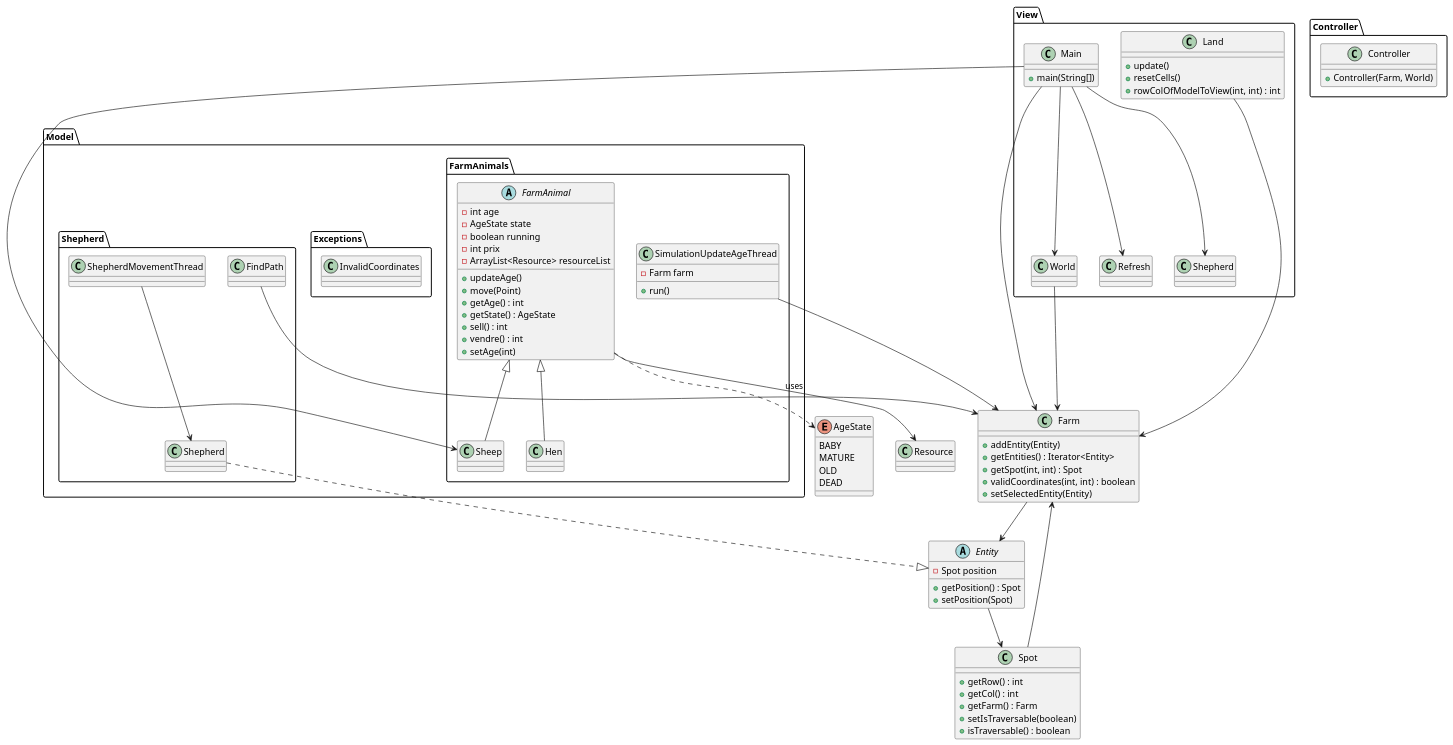
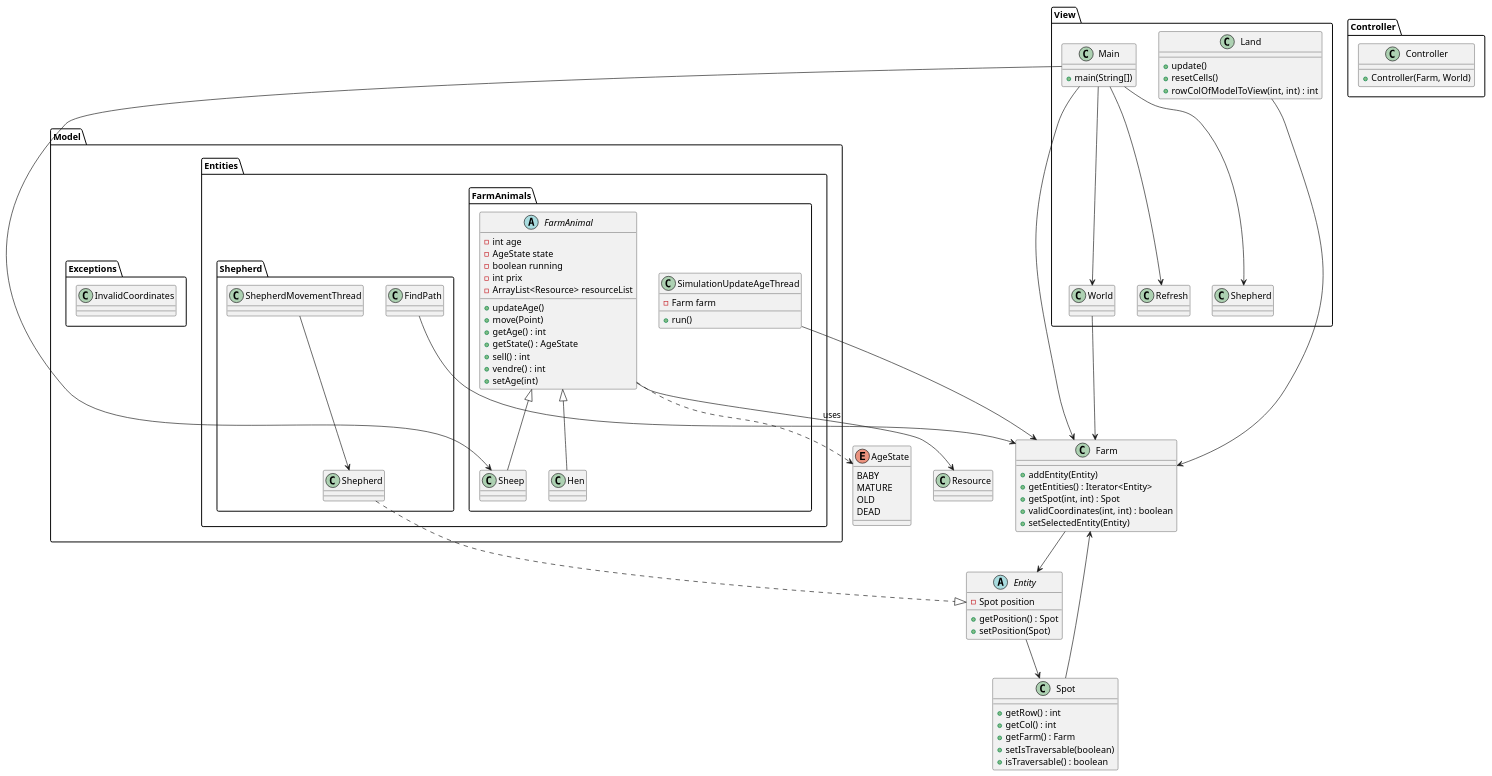
The diagram in src/Vieillessement.puml (Akawalid/IPCIIMiniP), drawn with PlantUML before and after one commit. The commit also changed 40 other files, not shown here.

```diff
--- a/src/Vieillessement.puml
+++ b/src/Vieillessement.puml
@@ -1,126 +1,126 @@
 @startuml
 
 ' Définition de l’énumération pour l’âge
 enum AgeState {
     BABY
     MATURE
     OLD
     DEAD
 }
 
 ' Classe de base Entity (dont le code complet n'est pas montré)
 abstract class Entity {
     - Spot position
     + getPosition() : Spot
     + setPosition(Spot)
 }
 
 ' Classe représentant un emplacement dans la ferme
 class Spot {
     + getRow() : int
     + getCol() : int
     + getFarm() : Farm
     + setIsTraversable(boolean)
     + isTraversable() : boolean
 }
 
 ' Classe représentant la ferme
 class Farm {
     + addEntity(Entity)
     + getEntities() : Iterator<Entity>
     + getSpot(int, int) : Spot
     + validCoordinates(int, int) : boolean
     + setSelectedEntity(Entity)
 }
 
 ' Classe Resource utilisée par FarmAnimal
 class Resource
 
-' -------------------- Package Model.FarmAnimals --------------------
-package "Model.FarmAnimals" {
+' -------------------- Package Model.Entities.FarmAnimals --------------------
+package "Model.Entities.FarmAnimals" {
 
     ' Classe abstraite FarmAnimal qui hérite de Entity
     abstract class FarmAnimal {
         - int age
         - AgeState state
         - boolean running
         - int prix
         - ArrayList<Resource> resourceList
         + updateAge()
         + move(Point)
         + getAge() : int
         + getState() : AgeState
         + sell() : int
         + vendre() : int
         + setAge(int)
     }
 
     ' Sous-classes de FarmAnimal
     class Sheep
     class Hen
 
     ' Thread de mise à jour de l’âge des animaux
     class SimulationUpdateAgeThread {
         - Farm farm
         + run()
     }
 
     FarmAnimal <|-- Sheep
     FarmAnimal <|-- Hen
     SimulationUpdateAgeThread --> Farm
     FarmAnimal ..> AgeState
     FarmAnimal --> Resource : uses
 }
 
 ' -------------------- Package Model.Exceptions --------------------
 package "Model.Exceptions" {
     class InvalidCoordinates
 }
 
-' -------------------- Package Model.Shepherd --------------------
-package "Model.Shepherd" {
+' -------------------- Package Model.Entities.Shepherd --------------------
+package "Model.Entities.Shepherd" {
     class Shepherd
     class FindPath
     class ShepherdMovementThread
 
     Shepherd ..|> Entity
     FindPath --> Farm
     ShepherdMovementThread --> Shepherd
 }
 
 ' -------------------- Package Controller --------------------
 package Controller {
     class Controller {
         + Controller(Farm, World)
     }
 }
 
 ' -------------------- Package View --------------------
 package View {
     class World
     class Land {
         + update()
         + resetCells()
         + rowColOfModelToView(int, int) : int
     }
     class Main {
         + main(String[])
     }
     class Refresh
 
     ' Relations de dépendance dans la vue
     World --> Farm
     Land --> Farm
     Main --> Farm
     Main --> World
     Main --> Shepherd
     Main --> Sheep
     Main --> Refresh
 }
 
 ' Relations globales
 Entity --> Spot
 Spot --> Farm
 Farm --> Entity
 
 @enduml
```
